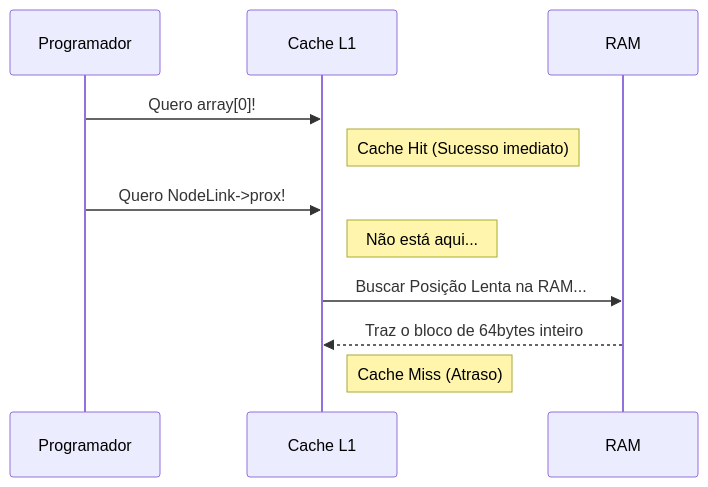
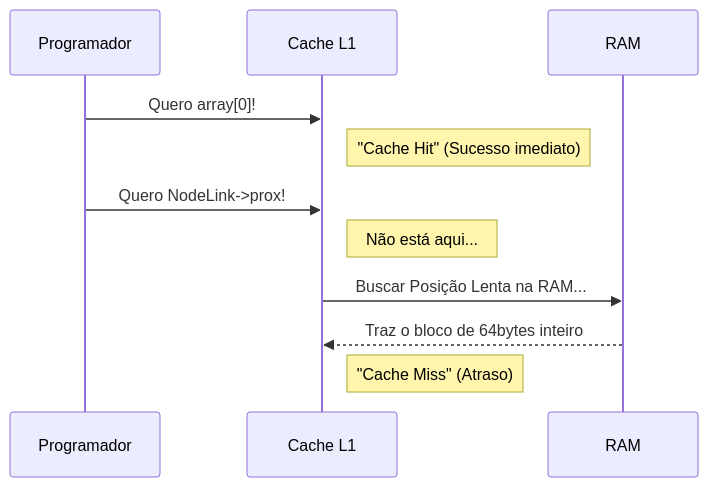
The diagram in docs/slides/slide-06.md (ricardotecpro/ads_extra_hardware_e_compiladores), drawn with Mermaid before and after one commit. The commit also changed other lines of this file and 33 other files, not shown here.

Commit message:
docs: acerta padding dos slides gerados para media fiel de 25 frames e corrige syntax do mermaid parse

````diff
--- a/docs/slides/slide-06.md
+++ b/docs/slides/slide-06.md
@@ -14,15 +14,15 @@
 ```mermaid
 sequenceDiagram
     participant P as Programador
     participant C as Cache L1
     participant R as RAM
     
     P->>C: Quero array[0]!
-    Note right of C: Cache Hit (Sucesso imediato)
+    Note right of C: "Cache Hit" (Sucesso imediato)
     
     P->>C: Quero NodeLink->prox!
     Note right of C: Não está aqui...
     C->>R: Buscar Posição Lenta na RAM...
     R-->>C: Traz o bloco de 64bytes inteiro
-    Note right of C: Cache Miss (Atraso)
+    Note right of C: "Cache Miss" (Atraso)
 ```
````
